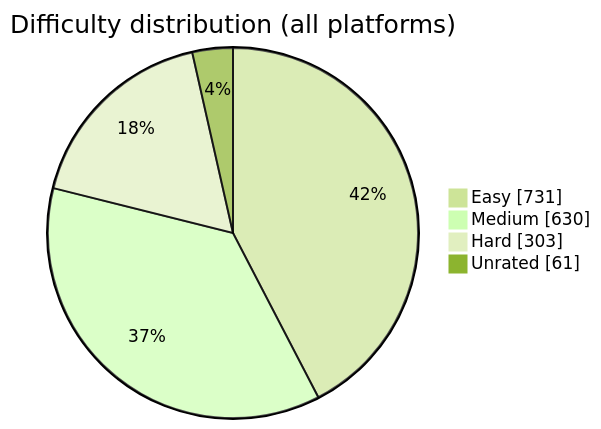
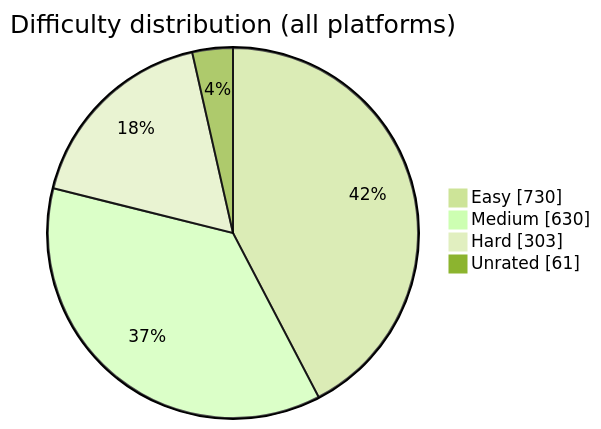
Before and after one commit to BuildbyArindam/Daily-Coding-Log: the diagram in README.md, drawn with Mermaid (forest theme). The commit also changed other lines of this file, not shown here.

````diff
--- a/README.md
+++ b/README.md
@@ -93,7 +93,7 @@
 ```mermaid
 pie showData title Difficulty distribution (all platforms)
-    "Easy" : 731
+    "Easy" : 730
     "Medium" : 630
     "Hard" : 303
     "Unrated" : 61
 ```
````
